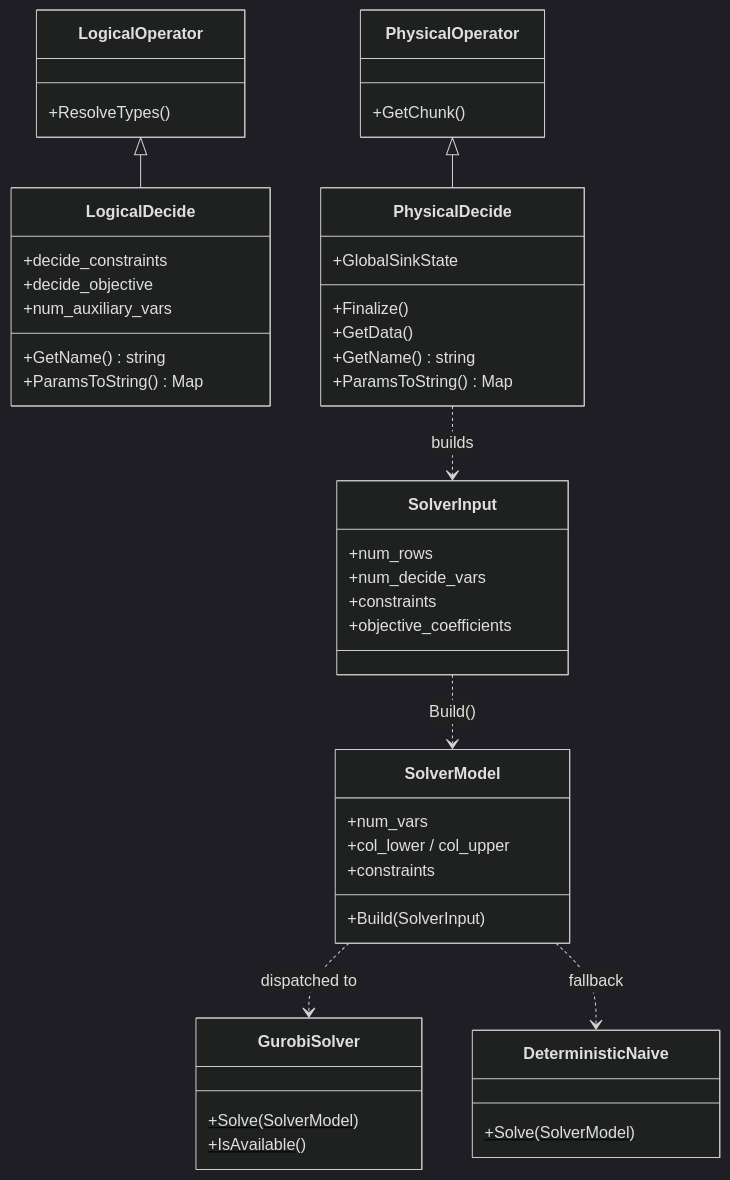
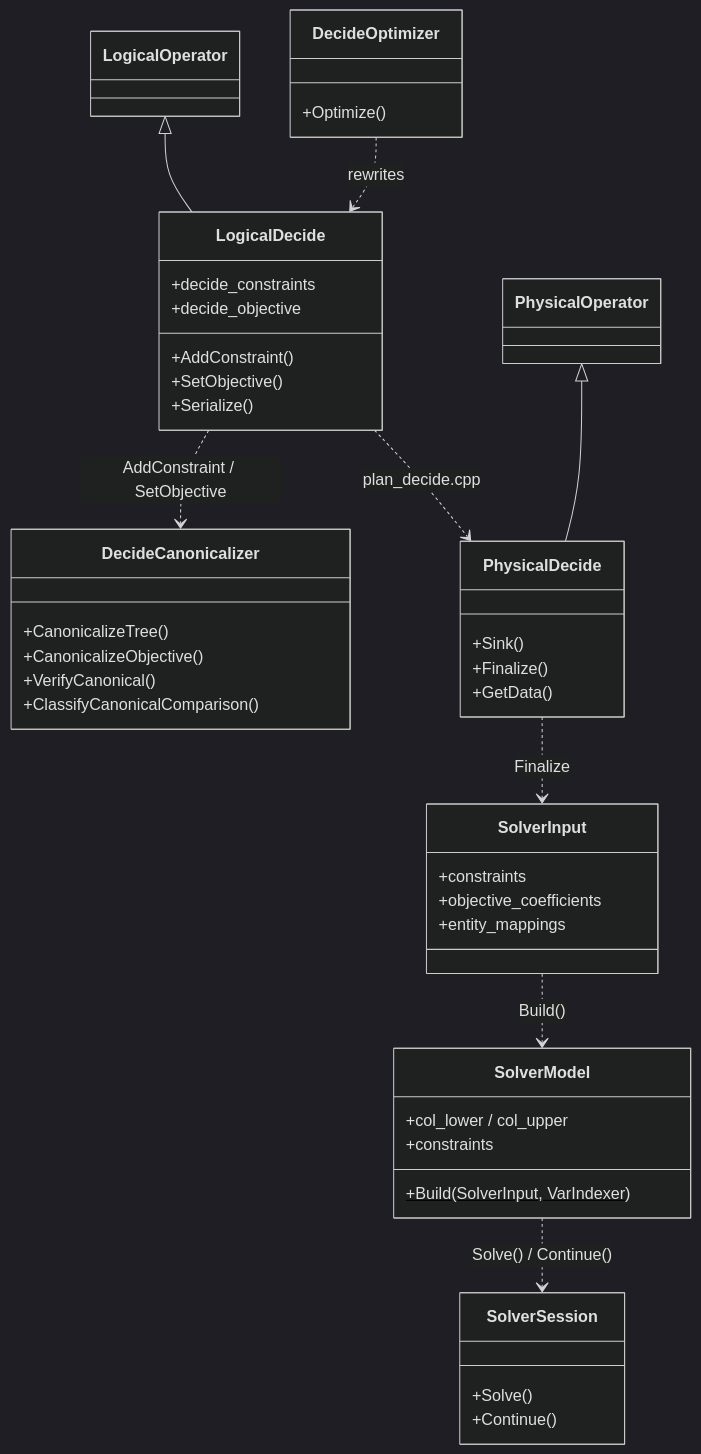
One commit to huda-lab/decidb changed the second of 2 diagrams in context/descriptions/01_pipeline/code_structure.md. Above: the diagram before and after it, drawn with Mermaid (dark theme). The commit also changed other lines of this file and 226 other files, not shown here.

````diff
--- a/context/descriptions/01_pipeline/code_structure.md
+++ b/context/descriptions/01_pipeline/code_structure.md
@@ -87,51 +113,49 @@
 ```mermaid
 classDiagram
-    class LogicalOperator {
-        +ResolveTypes()
-    }
+    class LogicalOperator
     class LogicalDecide {
         +decide_constraints
         +decide_objective
-        +num_auxiliary_vars
-        +GetName() string
-        +ParamsToString() Map
+        +AddConstraint()
+        +SetObjective()
+        +Serialize()
     }
-
-    class PhysicalOperator {
-        +GetChunk()
+    class DecideCanonicalizer {
+        +CanonicalizeTree()
+        +CanonicalizeObjective()
+        +VerifyCanonical()
+        +ClassifyCanonicalComparison()
     }
+    class DecideOptimizer {
+        +Optimize()
+    }
+    class PhysicalOperator
     class PhysicalDecide {
-        +GlobalSinkState
+        +Sink()
         +Finalize()
         +GetData()
-        +GetName() string
-        +ParamsToString() Map
     }
-
     class SolverInput {
-        +num_rows
-        +num_decide_vars
         +constraints
         +objective_coefficients
+        +entity_mappings
     }
     class SolverModel {
-        +num_vars
         +col_lower / col_upper
         +constraints
-        +Build(SolverInput)
+        +Build(SolverInput, VarIndexer)$
     }
-    class GurobiSolver {
-        +Solve(SolverModel)$
-        +IsAvailable()$
-    }
-    class DeterministicNaive {
-        +Solve(SolverModel)$
+    class SolverSession {
+        +Solve()
+        +Continue()
     }
 
     LogicalOperator <|-- LogicalDecide
     PhysicalOperator <|-- PhysicalDecide
-    PhysicalDecide ..> SolverInput : builds
+    LogicalDecide ..> DecideCanonicalizer : AddConstraint / SetObjective
+    DecideOptimizer ..> LogicalDecide : rewrites
+    LogicalDecide ..> PhysicalDecide : plan_decide.cpp
+    PhysicalDecide ..> SolverInput : Finalize
     SolverInput ..> SolverModel : Build()
-    SolverModel ..> GurobiSolver : dispatched to
-    SolverModel ..> DeterministicNaive : fallback
+    SolverModel ..> SolverSession : Solve() / Continue()
 ```
````
